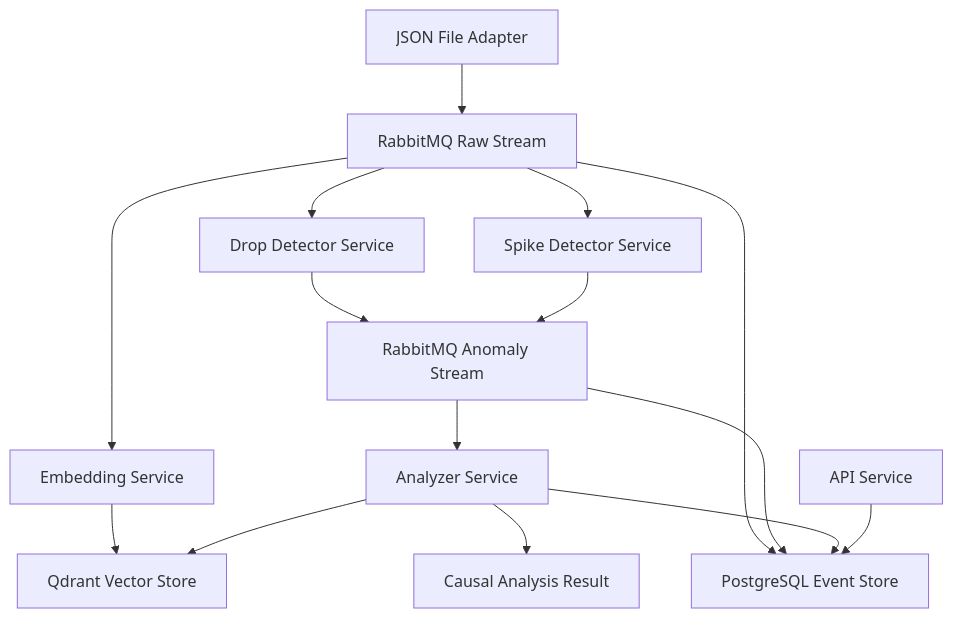
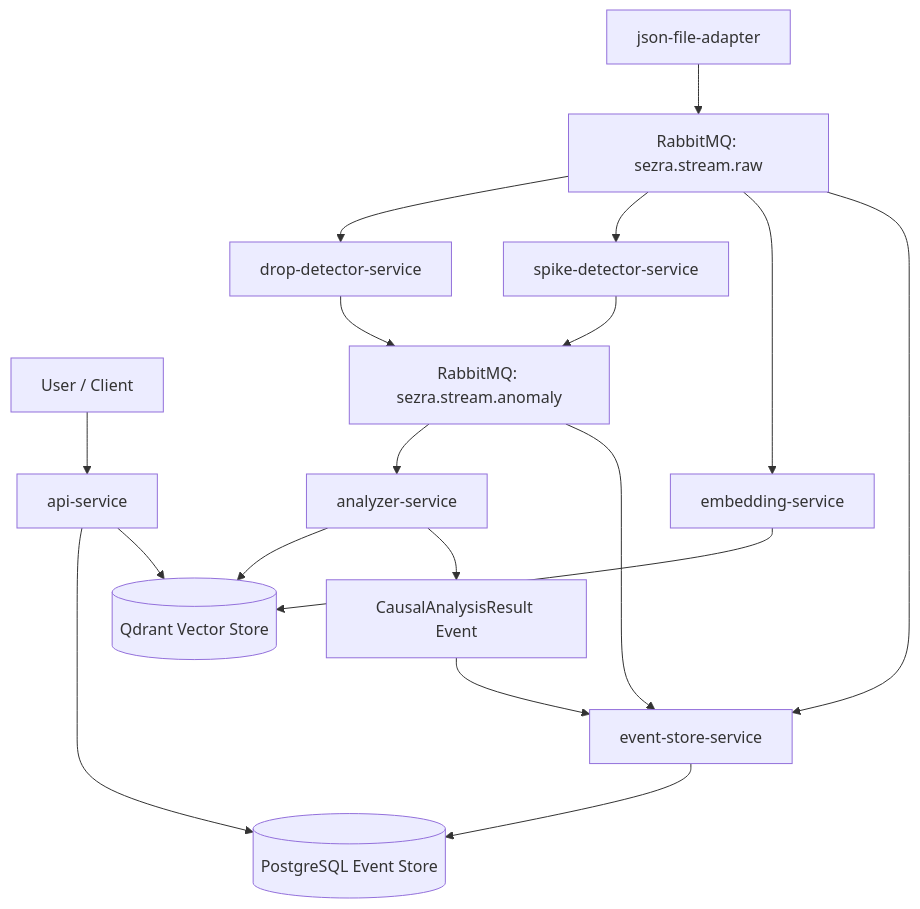
Before and after one commit to orhangezginci/sezra: the diagram in README.md, drawn with Mermaid. The commit also changed other lines of this file, not shown here.

Commit message:
fixed architecture diagram in readme.md

````diff
--- a/README.md
+++ b/README.md
@@ -19,42 +19,51 @@
 ```mermaid
 flowchart TD
 
-    A[JSON File Adapter]
-    B[RabbitMQ Raw Stream]
+    USER[User / Client]
 
-    C1[Drop Detector Service]
-    C2[Spike Detector Service]
+    A[json-file-adapter]
+    RAW[RabbitMQ: sezra.stream.raw]
 
-    D[RabbitMQ Anomaly Stream]
+    DROP[drop-detector-service]
+    SPIKE[spike-detector-service]
 
-    E[Analyzer Service]
-    F[Embedding Service]
+    ANOMALY[RabbitMQ: sezra.stream.anomaly]
 
-    G[Qdrant Vector Store]
-    H[PostgreSQL Event Store]
+    ANALYZER[analyzer-service]
+    EMBED[embedding-service]
+    STORE[event-store-service]
 
-    I[API Service]
+    API[api-service]
 
-    J[Causal Analysis Result]
+    QDRANT[(Qdrant Vector Store)]
+    POSTGRES[(PostgreSQL Event Store)]
 
-    A --> B
+    RESULT[CausalAnalysisResult Event]
 
-    B --> C1
-    B --> C2
-    B --> F
-    B --> H
+    USER --> API
 
-    C1 --> D
-    C2 --> D
+    API --> POSTGRES
+    API --> QDRANT
 
-    D --> E
-    D --> H
+    A --> RAW
 
-    F --> G
+    RAW --> DROP
+    RAW --> SPIKE
+    RAW --> EMBED
+    RAW --> STORE
 
-    E --> G
-    E --> J
-    E --> H
+    DROP --> ANOMALY
+    SPIKE --> ANOMALY
 
-    I --> H
+    ANOMALY --> ANALYZER
+    ANOMALY --> STORE
+
+    ANALYZER --> QDRANT
+    ANALYZER --> RESULT
+
+    RESULT --> STORE
+
+    EMBED --> QDRANT
+
+    STORE --> POSTGRES
 ```
````
